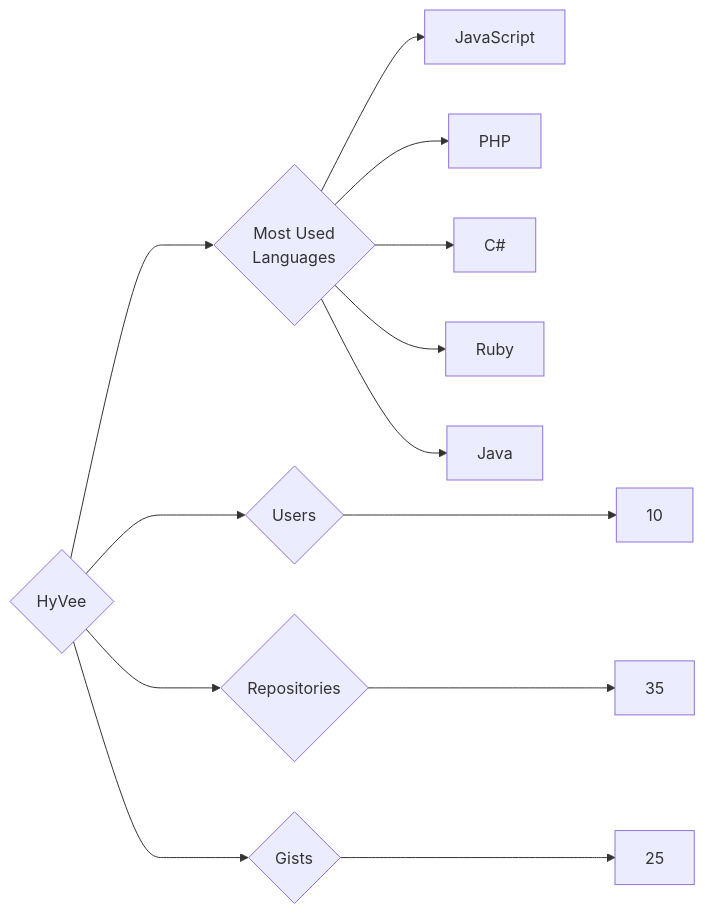
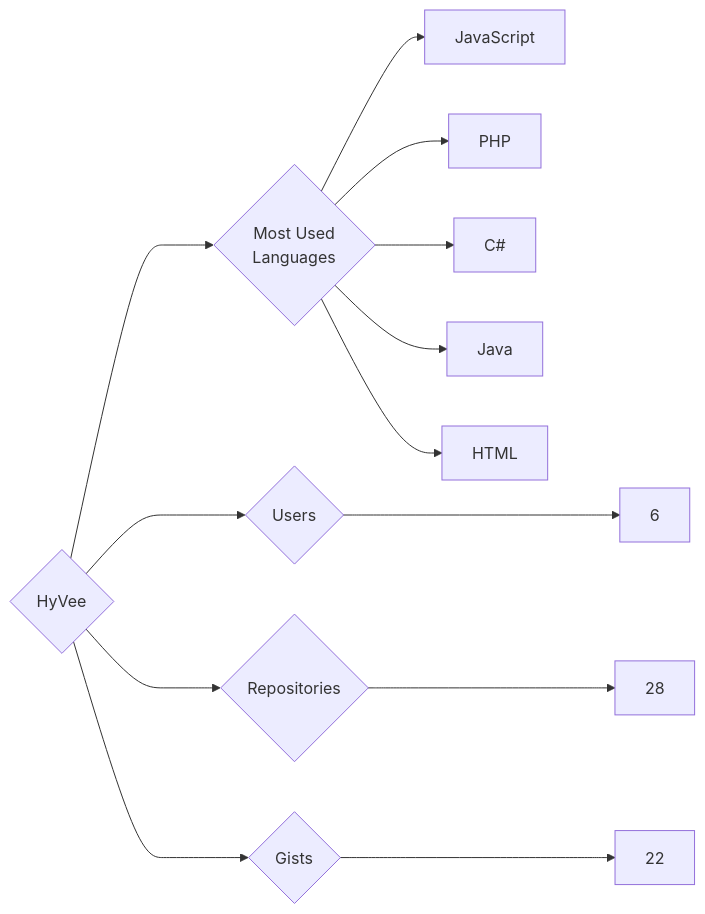
One commit to trickest/insiders changed the diagram in targets/HyVee/README.md. Above: the diagram before and after it, drawn with Mermaid. The commit also changed 870 other files, not shown here.

````diff
--- a/targets/HyVee/README.md
+++ b/targets/HyVee/README.md
@@ -3,13 +3,13 @@
 ```mermaid
 graph LR
 COMPANY_NAME{HyVee}
-COMPANY_NAME ---> U{Users} ---> UN[10]
-COMPANY_NAME ---> R{Repositories} ---> RN[35]
-COMPANY_NAME ---> G{Gists} ---> GN[25]
+COMPANY_NAME ---> U{Users} ---> UN[6]
+COMPANY_NAME ---> R{Repositories} ---> RN[28]
+COMPANY_NAME ---> G{Gists} ---> GN[22]
 COMPANY_NAME ---> ML{Most Used<br>Languages}
 ML --> JavaScript[JavaScript]
 ML --> PHP[PHP]
 ML --> C#[C#]
-ML --> Ruby[Ruby]
 ML --> Java[Java]
+ML --> HTML[HTML]
 ```
````
